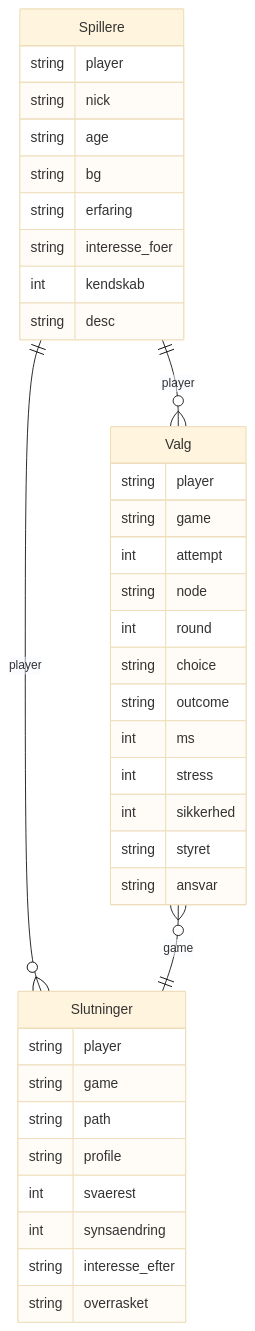
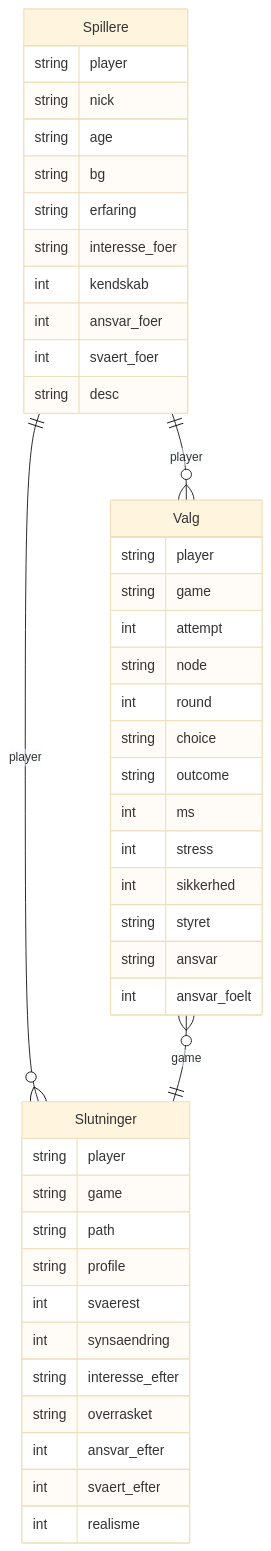
Before and after one commit to rapand1000/RUC: the diagram in sygeplejerske-spil/docs/data.md, drawn with Mermaid (base theme). The commit also changed other lines of this file and 14 other files, not shown here.

````diff
--- a/sygeplejerske-spil/docs/data.md
+++ b/sygeplejerske-spil/docs/data.md
@@ -7,40 +7,46 @@
 ```mermaid
 erDiagram
     Spillere ||--o{ Valg : "player"
     Spillere ||--o{ Slutninger : "player"
     Valg }o--|| Slutninger : "game"
     Spillere {
         string player
         string nick
         string age
         string bg
         string erfaring
         string interesse_foer
         int kendskab
+        int ansvar_foer
+        int svaert_foer
         string desc
     }
     Valg {
         string player
         string game
         int attempt
         string node
         int round
         string choice
         string outcome
         int ms
         int stress
         int sikkerhed
         string styret
         string ansvar
+        int ansvar_foelt
     }
     Slutninger {
         string player
         string game
         string path
         string profile
         int svaerest
         int synsaendring
         string interesse_efter
         string overrasket
+        int ansvar_efter
+        int svaert_efter
+        int realisme
     }
 ```
````
